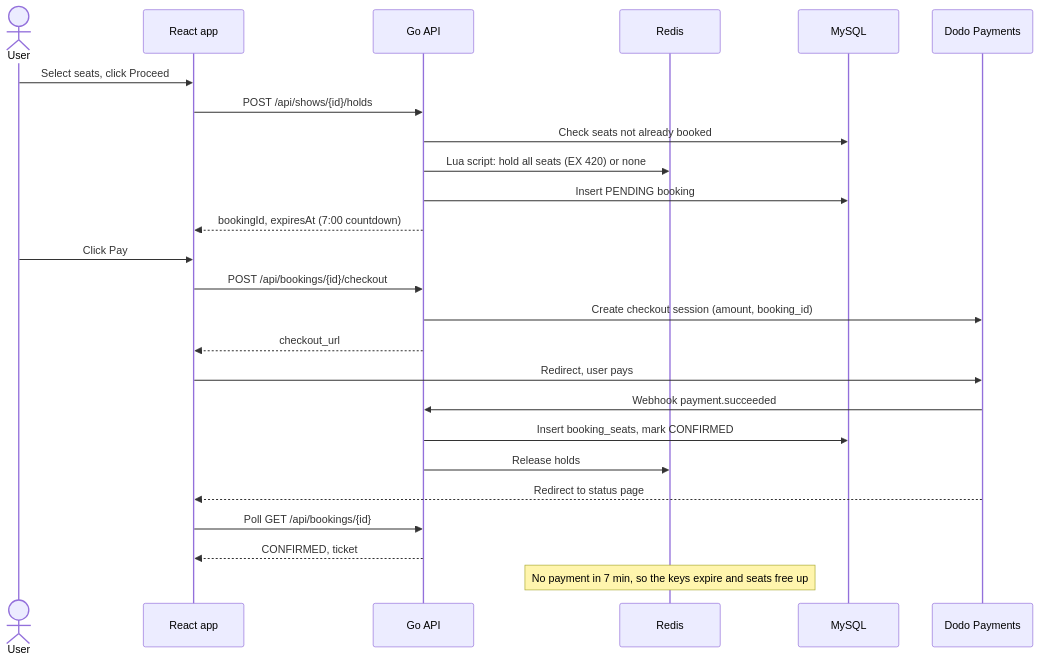
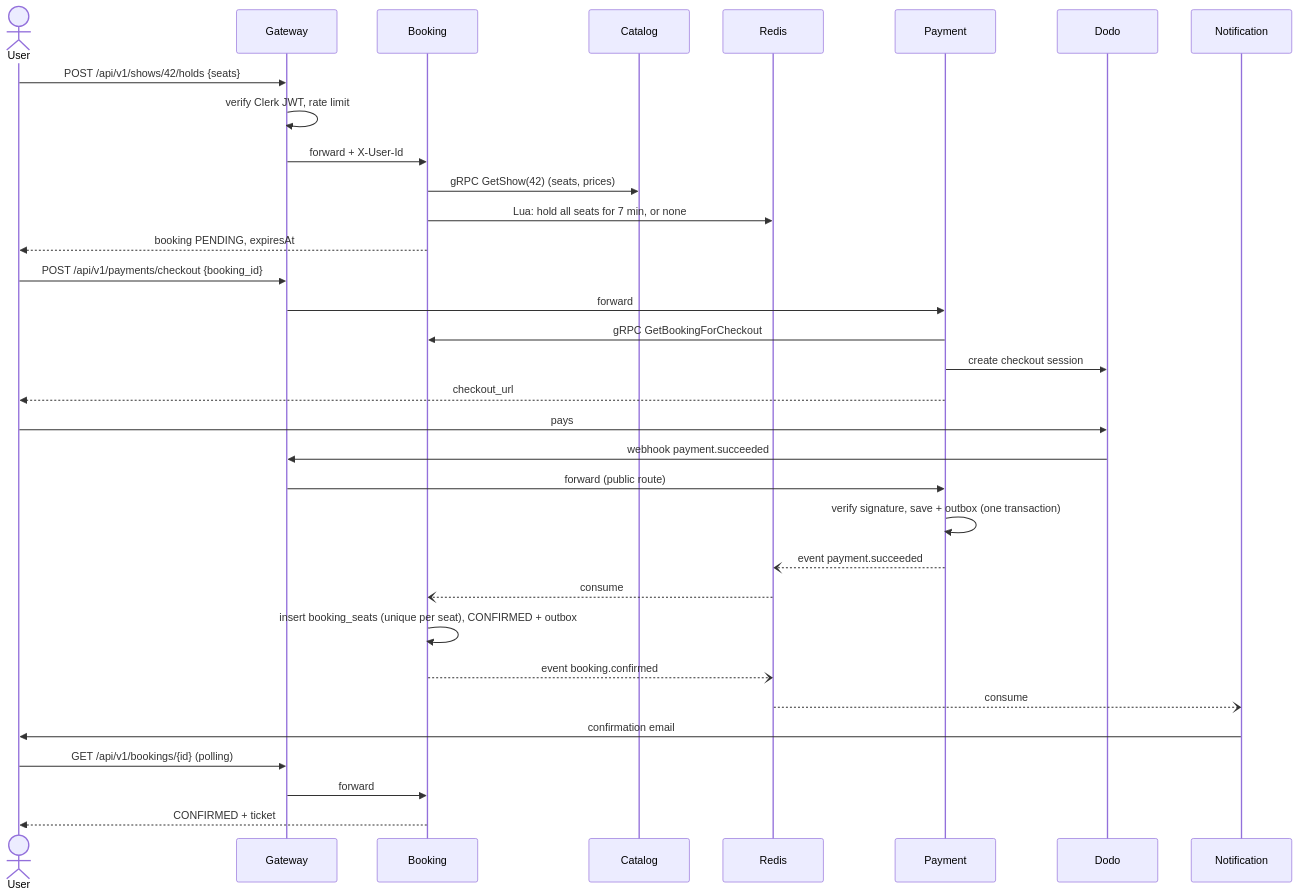
The second of 2 diagrams in README.md (PrathmeshSadake/Tango), drawn with Mermaid before and after one commit. The commit also changed other lines of this file, not shown here.

First line of the commit message:
Enhance README.md with detailed architecture and service descriptions

````diff
--- a/README.md
+++ b/README.md
@@ -58,28 +103,36 @@
 ```mermaid
 sequenceDiagram
     actor U as User
-    participant W as React app
-    participant A as Go API
+    participant G as Gateway
+    participant B as Booking
+    participant C as Catalog
     participant R as Redis
-    participant M as MySQL
-    participant D as Dodo Payments
+    participant P as Payment
+    participant D as Dodo
+    participant N as Notification
 
-    U->>W: Select seats, click Proceed
-    W->>A: POST /api/shows/{id}/holds
-    A->>M: Check seats not already booked
-    A->>R: Lua script: hold all seats (EX 420) or none
-    A->>M: Insert PENDING booking
-    A-->>W: bookingId, expiresAt (7:00 countdown)
-    U->>W: Click Pay
-    W->>A: POST /api/bookings/{id}/checkout
-    A->>D: Create checkout session (amount, booking_id)
-    A-->>W: checkout_url
-    W->>D: Redirect, user pays
-    D->>A: Webhook payment.succeeded
-    A->>M: Insert booking_seats, mark CONFIRMED
-    A->>R: Release holds
-    D-->>W: Redirect to status page
-    W->>A: Poll GET /api/bookings/{id}
-    A-->>W: CONFIRMED, ticket
-    Note over R: No payment in 7 min, so the keys expire and seats free up
+    U->>G: POST /api/v1/shows/42/holds {seats}
+    G->>G: verify Clerk JWT, rate limit
+    G->>B: forward + X-User-Id
+    B->>C: gRPC GetShow(42) (seats, prices)
+    B->>R: Lua: hold all seats for 7 min, or none
+    B-->>U: booking PENDING, expiresAt
+    U->>G: POST /api/v1/payments/checkout {booking_id}
+    G->>P: forward
+    P->>B: gRPC GetBookingForCheckout
+    P->>D: create checkout session
+    P-->>U: checkout_url
+    U->>D: pays
+    D->>G: webhook payment.succeeded
+    G->>P: forward (public route)
+    P->>P: verify signature, save + outbox (one transaction)
+    P--)R: event payment.succeeded
+    R--)B: consume
+    B->>B: insert booking_seats (unique per seat), CONFIRMED + outbox
+    B--)R: event booking.confirmed
+    R--)N: consume
+    N->>U: confirmation email
+    U->>G: GET /api/v1/bookings/{id} (polling)
+    G->>B: forward
+    B-->>U: CONFIRMED + ticket
 ```
````
